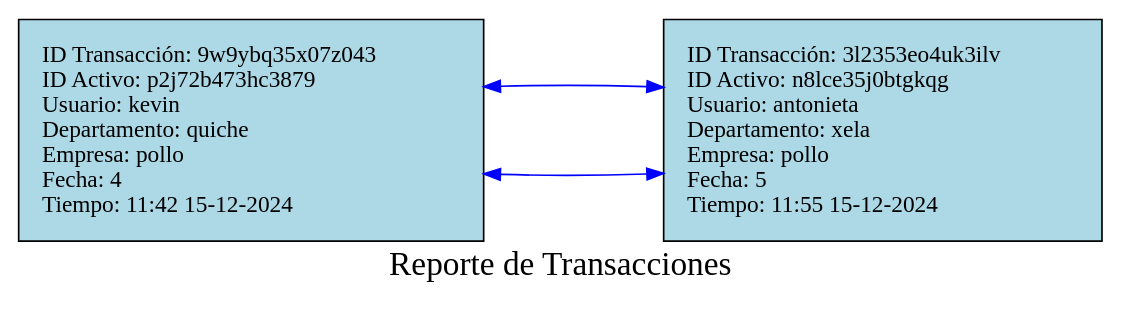
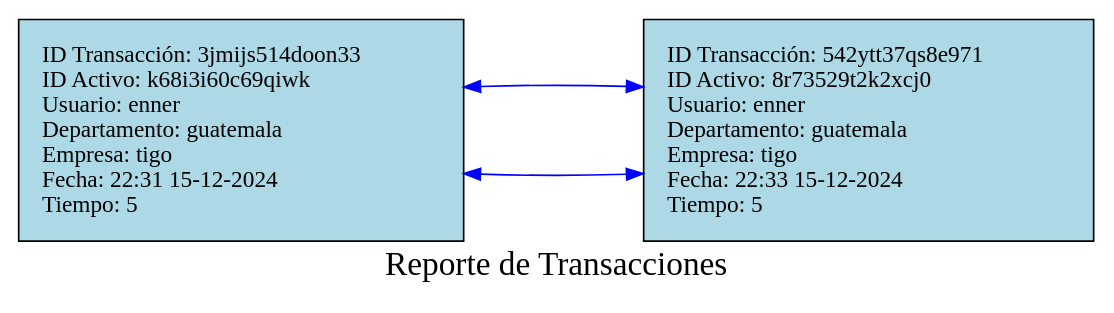
The diagram in Proyecto1/cmake-build-debug/reporteListaCircular.dot (Ennero/EDD_Proyecto1_Vacas2_202302220), drawn with Graphviz before and after one commit. The commit also changed 25 other files, not shown here.

```diff
--- a/Proyecto1/cmake-build-debug/reporteListaCircular.dot
+++ b/Proyecto1/cmake-build-debug/reporteListaCircular.dot
@@ -1,10 +1,10 @@
 digraph listita {
 rankdir=LR;node [shape=record, style=filled, fillcolor=lightblue, margin=0.2];
 edge [style=solid, color=blue];
 graph [ranksep=1.5, nodesep=1];
 graph [label="Reporte de Transacciones", fontsize=20, fontcolor=black];
-"9w9ybq35x07z043" [label="{ID Transacción: 9w9ybq35x07z043\lID Activo: p2j72b473hc3879\lUsuario: kevin\lDepartamento: quiche\lEmpresa: pollo\lFecha: 4\lTiempo: 11:42 15-12-2024\l}"];
-"9w9ybq35x07z043" -> "3l2353eo4uk3ilv"[dir=both];
-"3l2353eo4uk3ilv" [label="{ID Transacción: 3l2353eo4uk3ilv\lID Activo: n8lce35j0btgkqg\lUsuario: antonieta\lDepartamento: xela\lEmpresa: pollo\lFecha: 5\lTiempo: 11:55 15-12-2024\l}"];
-"3l2353eo4uk3ilv" -> "9w9ybq35x07z043"[dir=both];
+"3jmijs514doon33" [label="{ID Transacción: 3jmijs514doon33\lID Activo: k68i3i60c69qiwk\lUsuario: enner\lDepartamento: guatemala\lEmpresa: tigo\lFecha: 22:31 15-12-2024\lTiempo: 5\l}"];
+"3jmijs514doon33" -> "542ytt37qs8e971"[dir=both];
+"542ytt37qs8e971" [label="{ID Transacción: 542ytt37qs8e971\lID Activo: 8r73529t2k2xcj0\lUsuario: enner\lDepartamento: guatemala\lEmpresa: tigo\lFecha: 22:33 15-12-2024\lTiempo: 5\l}"];
+"542ytt37qs8e971" -> "3jmijs514doon33"[dir=both];
 }
```
